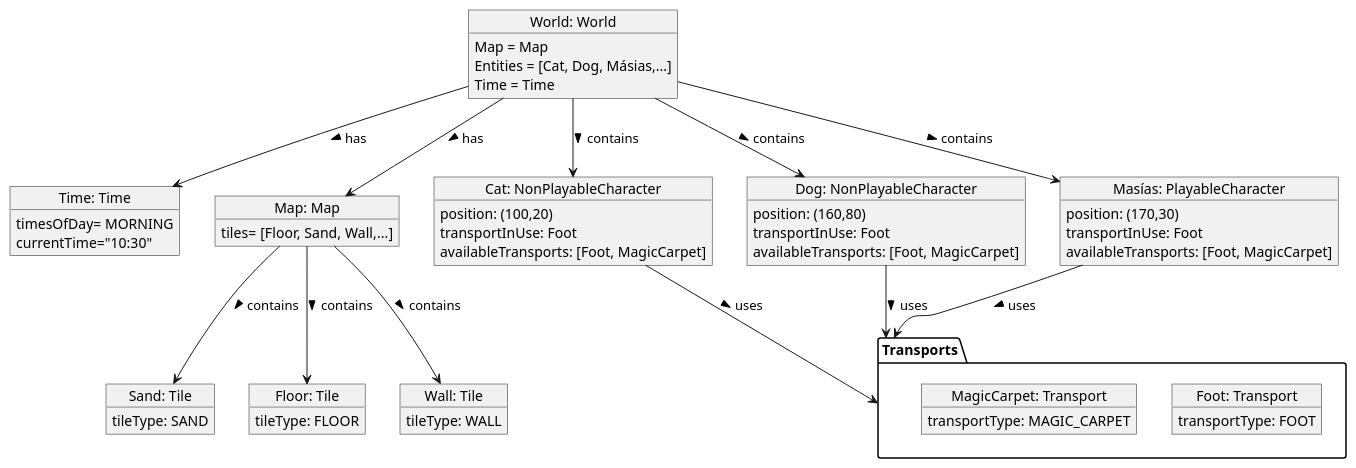
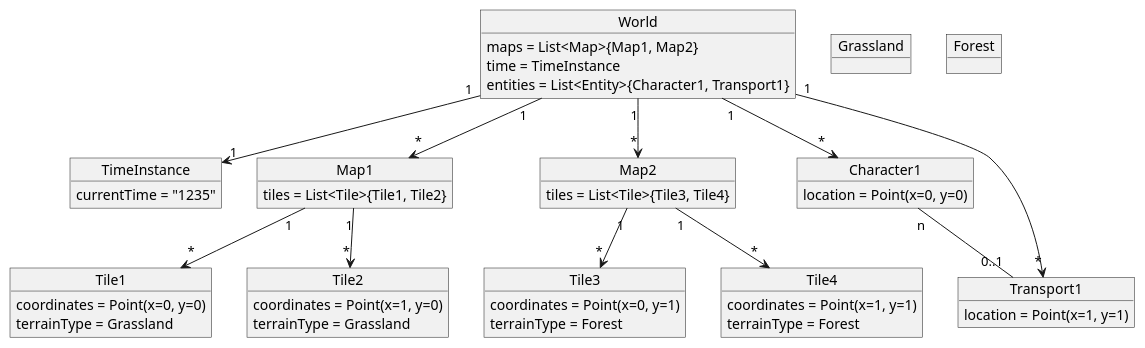
Before and after one commit to mmasias/23-24-IdSw2-SDD: the diagram in docs/modelosUML/diagramaDeObjetos.puml, drawn with PlantUML. The commit also changed 40 other files, not shown here.

Commit message:
feat: Diagrams

```diff
--- a/docs/modelosUML/diagramaDeObjetos.puml
+++ b/docs/modelosUML/diagramaDeObjetos.puml
@@ -1,68 +1,66 @@
-@startuml DiagramaObjetos-PyMundo
+@startuml PyMundoObjects
 
-object "World: World" as world {
-    Map = Map
-    Entities = [Cat, Dog, Másias,...]
-    Time = Time
+object World {
+    maps = List<Map>{Map1, Map2}
+    time = TimeInstance
+    entities = List<Entity>{Character1, Transport1}
 }
 
-object "Time: Time" as time {
-    timesOfDay= MORNING
-    currentTime="10:30"
+object TimeInstance {
+    currentTime = "1235"
 }
 
-object "Map: Map" as mapa{
-    tiles= [Floor, Sand, Wall,...]
-}
-object "Sand: Tile" as sand{
-    tileType: SAND
-}
-object "Floor: Tile" as floor {
-    tileType: FLOOR
-}
-object "Wall: Tile" as wall {
-    tileType: WALL
-}
-object "Cat: NonPlayableCharacter" as cat {
-    position: (100,20)
-    transportInUse: Foot
-    availableTransports: [Foot, MagicCarpet]
-}
-object "Dog: NonPlayableCharacter" as dog {
-    position: (160,80)
-    transportInUse: Foot
-    availableTransports: [Foot, MagicCarpet]
-}
-object "Masías: PlayableCharacter" as mmasias {
-    position: (170,30)
-    transportInUse: Foot
-    availableTransports: [Foot, MagicCarpet]
+object Map1 {
+    tiles = List<Tile>{Tile1, Tile2}
 }
 
-package Transports {
-   object "Foot: Transport" as foot{
-      transportType: FOOT
-   }
-
-  object "MagicCarpet: Transport" as carpet {
-      transportType: MAGIC_CARPET
-   }
+object Map2 {
+    tiles = List<Tile>{Tile3, Tile4}
 }
 
+object Tile1 {
+    coordinates = Point(x=0, y=0)
+    terrainType = Grassland
+}
 
+object Tile2 {
+    coordinates = Point(x=1, y=0)
+    terrainType = Grassland
+}
 
-' Relationships
-world --> time : "has >"
-world --> mapa : "has >"
-mapa --> sand : "contains >"
-mapa --> floor : "contains >"
-mapa --> wall : "contains >"
-world --> cat : "contains >"
-world --> dog : "contains >"
-world --> mmasias : "contains >"
+object Tile3 {
+    coordinates = Point(x=0, y=1)
+    terrainType = Forest
+}
 
-cat --> Transports : "uses >"
-dog --> Transports : "uses >"
-mmasias --> Transports : "uses >"
+object Tile4 {
+    coordinates = Point(x=1, y=1)
+    terrainType = Forest
+}
+
+object Character1 {
+    location = Point(x=0, y=0)
+}
+
+object Transport1 {
+    location = Point(x=1, y=1)
+}
+
+object Grassland {
+}
+
+object Forest {
+}
+
+World "1" --> "1" TimeInstance
+World "1" --> "*" Map1
+World "1" --> "*" Map2
+World "1" --> "*" Character1
+World "1" --> "*" Transport1
+Map1 "1" --> "*" Tile1
+Map1 "1" --> "*" Tile2
+Map2 "1" --> "*" Tile3
+Map2 "1" --> "*" Tile4
+Character1 "n" -down- "0..1" Transport1
 
 @enduml
```
